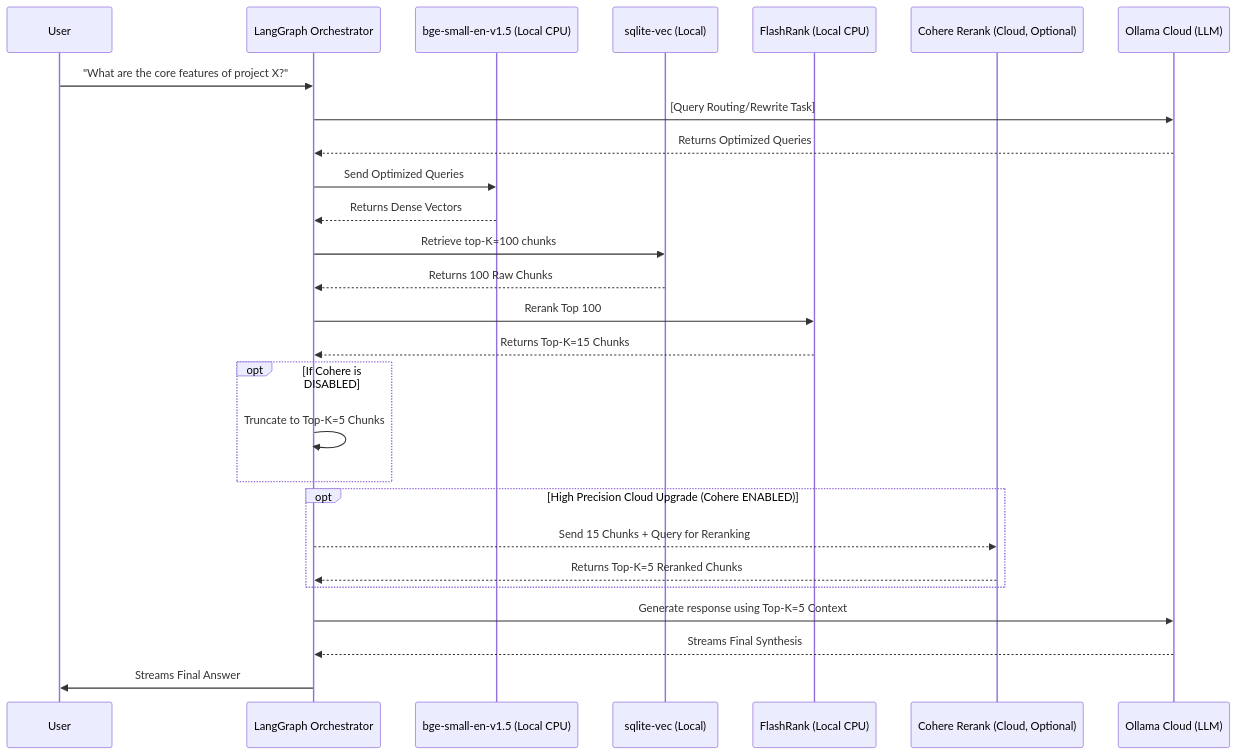
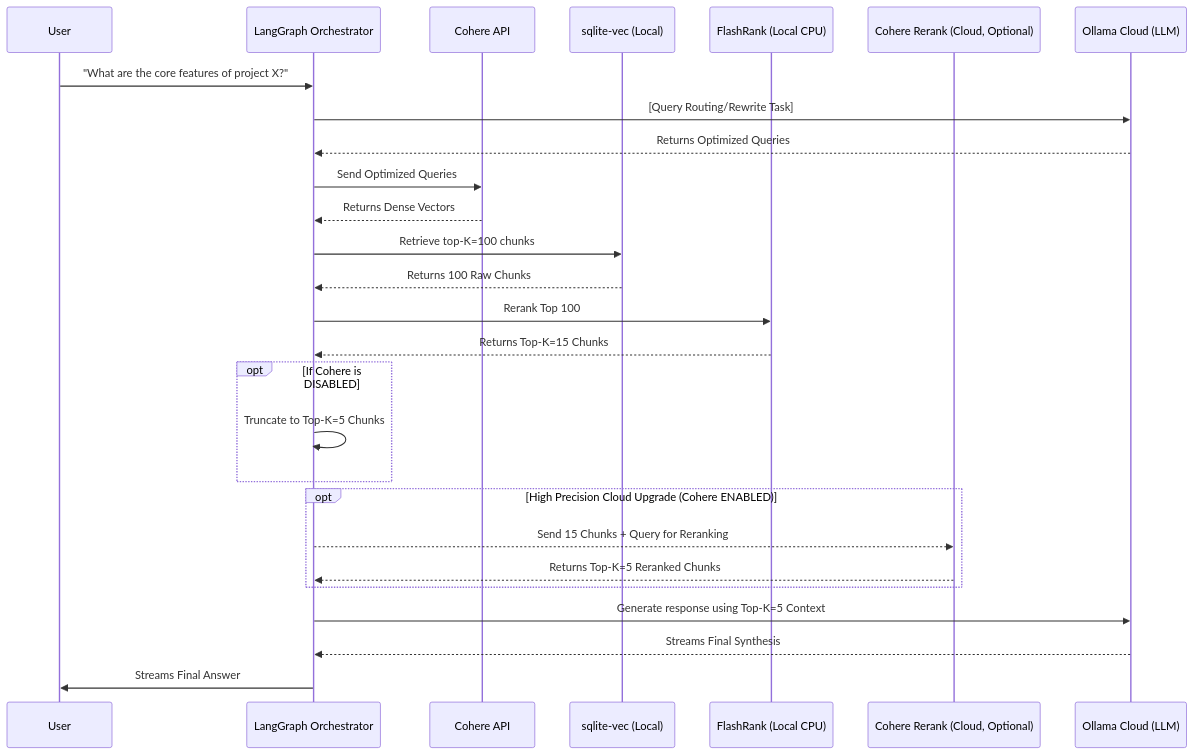
Before and after one commit to dpsdagain/RAG: the second of 7 diagrams in rag_final_architecture_2026.md, drawn with Mermaid. The commit also changed other lines of this file and 5 other files, not shown here.

Commit message:
docs: pivot architecture to Cloud API embedder, Tavily CRAG fallback, and Linear Pipeline

````diff
--- a/rag_final_architecture_2026.md
+++ b/rag_final_architecture_2026.md
@@ -55,36 +55,36 @@
 ```mermaid
 sequenceDiagram
     participant User
     participant LangGraph as LangGraph Orchestrator
-    participant Embed as bge-small-en-v1.5 (Local CPU)
+    participant Embed as Cohere API
     participant VecDB as sqlite-vec (Local)
     participant FlashRank as FlashRank (Local CPU)
     participant Cohere as Cohere Rerank (Cloud, Optional)
     participant Ollama as Ollama Cloud (LLM)
 
     User->>LangGraph: "What are the core features of project X?"
     LangGraph->>Ollama: [Query Routing/Rewrite Task]
     Ollama-->>LangGraph: Returns Optimized Queries
     
     LangGraph->>Embed: Send Optimized Queries
     Embed-->>LangGraph: Returns Dense Vectors
     
     LangGraph->>VecDB: Retrieve top-K=100 chunks
     VecDB-->>LangGraph: Returns 100 Raw Chunks
     
     LangGraph->>FlashRank: Rerank Top 100
     FlashRank-->>LangGraph: Returns Top-K=15 Chunks
     
     opt If Cohere is DISABLED
         LangGraph->>LangGraph: Truncate to Top-K=5 Chunks
     end
     
     opt High Precision Cloud Upgrade (Cohere ENABLED)
         LangGraph-->>Cohere: Send 15 Chunks + Query for Reranking
         Cohere-->>LangGraph: Returns Top-K=5 Reranked Chunks
     end
     
     LangGraph->>Ollama: Generate response using Top-K=5 Context
     Ollama-->>LangGraph: Streams Final Synthesis
     LangGraph->>User: Streams Final Answer
 ```
````
